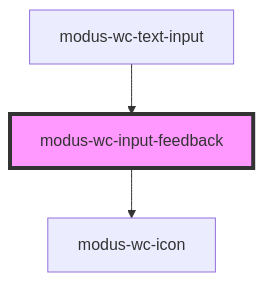
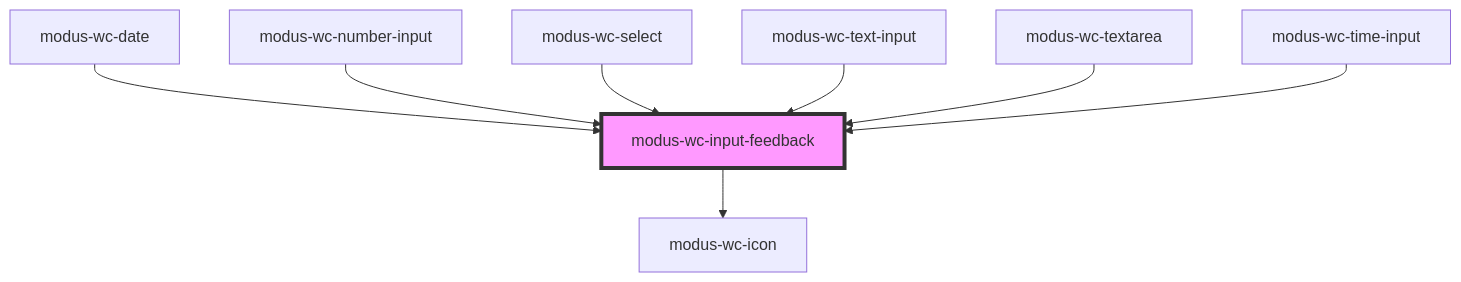
One commit to trimble-oss/modus-wc-2.0 changed the diagram in src/components/modus-wc-input-feedback/readme.md. Above: the diagram before and after it, drawn with Mermaid. The commit also changed other lines of this file and 43 other files, not shown here.

Commit message:
feat: add input-feedback to input components

````diff
--- a/src/components/modus-wc-input-feedback/readme.md
+++ b/src/components/modus-wc-input-feedback/readme.md
@@ -38,6 +43,11 @@
 ```mermaid
 graph TD;
   modus-wc-input-feedback --> modus-wc-icon
+  modus-wc-date --> modus-wc-input-feedback
+  modus-wc-number-input --> modus-wc-input-feedback
+  modus-wc-select --> modus-wc-input-feedback
   modus-wc-text-input --> modus-wc-input-feedback
+  modus-wc-textarea --> modus-wc-input-feedback
+  modus-wc-time-input --> modus-wc-input-feedback
   style modus-wc-input-feedback fill:#f9f,stroke:#333,stroke-width:4px
 ```
````
